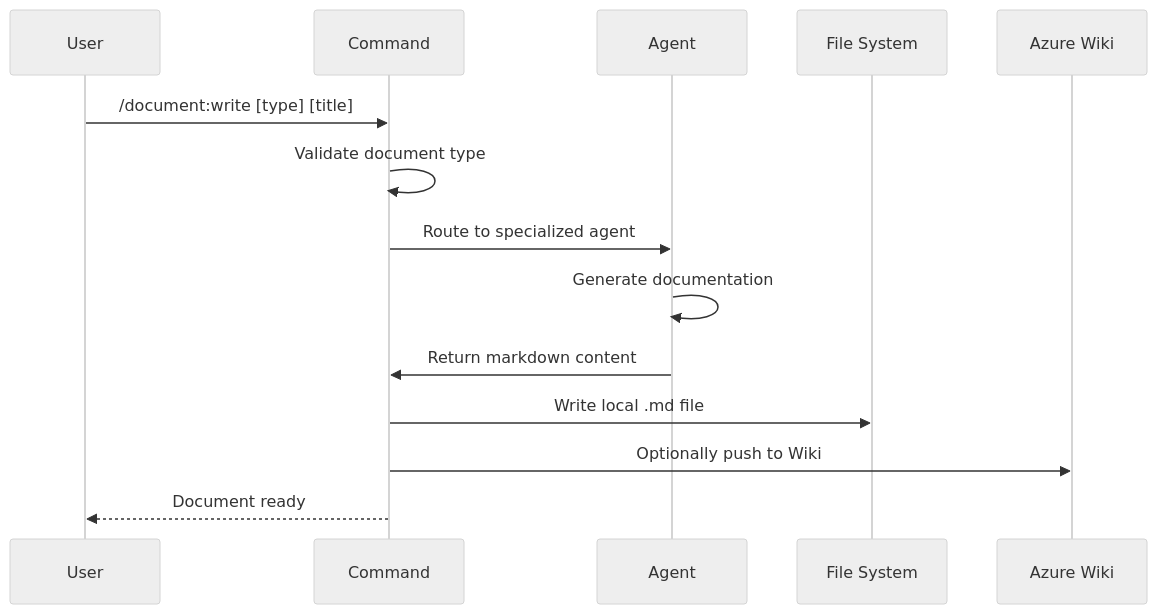
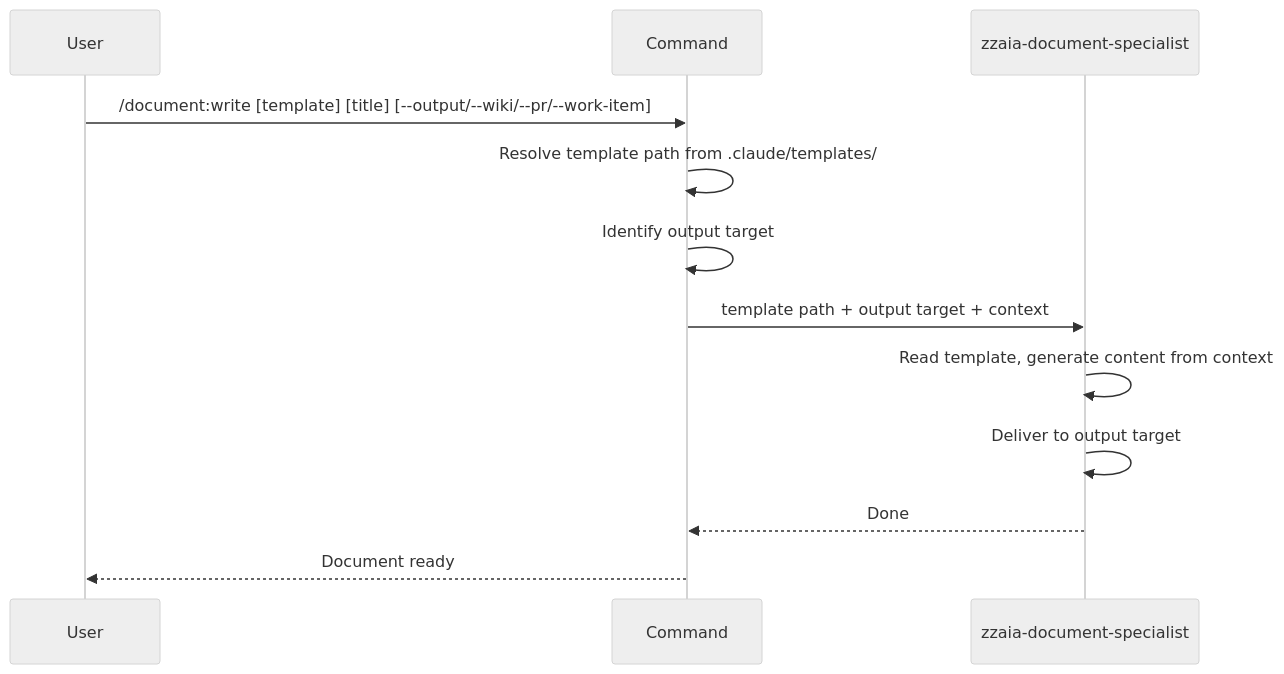
Before and after one commit to zzaia/zzaia-agentic-workspace: the diagram in .claude/commands/document/write.md, drawn with Mermaid (neutral theme). The commit also changed other lines of this file and 13 other files, not shown here.

Commit message:
Improve the write command and the template definitions;

````diff
--- a/.claude/commands/document/write.md
+++ b/.claude/commands/document/write.md
@@ -68,17 +57,15 @@
 ```mermaid
 sequenceDiagram
     participant U as User
     participant C as Command
-    participant A as Agent
-    participant F as File System
-    participant W as Azure Wiki
+    participant A as zzaia-document-specialist
 
-    U->>C: /document:write [type] [title]
-    C->>C: Validate document type
-    C->>A: Route to specialized agent
-    A->>A: Generate documentation
-    A->>C: Return markdown content
-    C->>F: Write local .md file
-    C->>W: Optionally push to Wiki
+    U->>C: /document:write [template] [title] [--output/--wiki/--pr/--work-item]
+    C->>C: Resolve template path from .claude/templates/
+    C->>C: Identify output target
+    C->>A: template path + output target + context
+    A->>A: Read template, generate content from context
+    A->>A: Deliver to output target
+    A-->>C: Done
     C-->>U: Document ready
 ```
````
